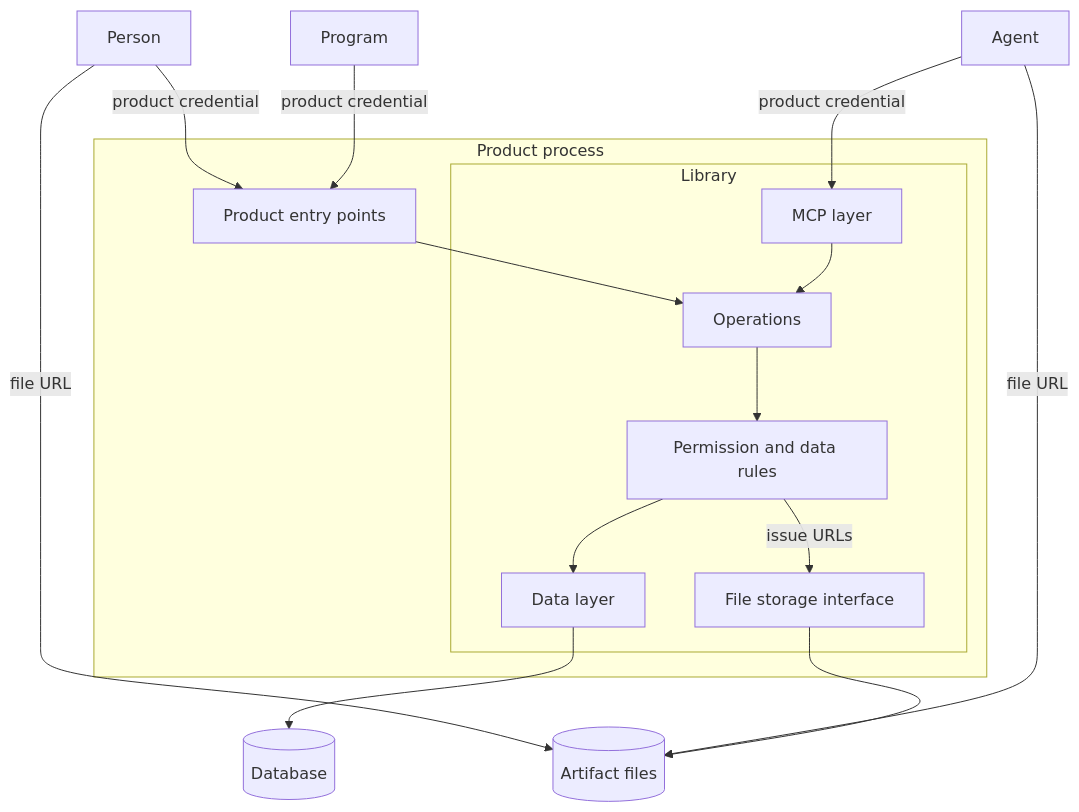
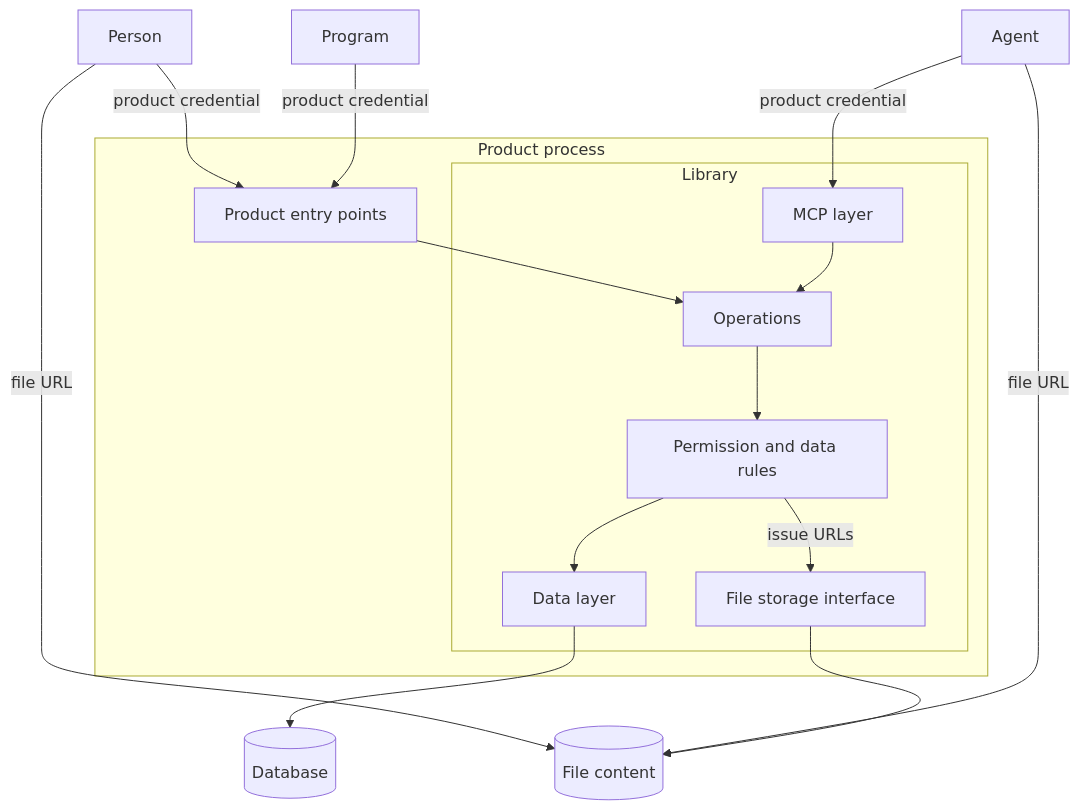
One commit to lorebayai/lorebay changed the diagram in lib/docs/architecture/entry-points.md. Above: the diagram before and after it, drawn with Mermaid. The commit also changed other lines of this file and 88 other files, not shown here.

````diff
--- a/lib/docs/architecture/entry-points.md
+++ b/lib/docs/architecture/entry-points.md
@@ -32,30 +32,30 @@
 ```mermaid
 flowchart TD
     person["Person"]
     program["Program"]
     agent["Agent"]
     subgraph product["Product process"]
         own["Product entry points"]
         subgraph library["Library"]
             mcp["MCP layer"]
             ops["Operations"]
             rules["Permission and data rules"]
             data["Data layer"]
             fs["File storage interface"]
         end
     end
     db[("Database")]
-    store[("Artifact files")]
+    store[("File content")]
     person -- "product credential" --> own
     program -- "product credential" --> own
     agent -- "product credential" --> mcp
     person -- "file URL" --> store
     agent -- "file URL" --> store
     own --> ops
     mcp --> ops
     ops --> rules
     rules --> data
     rules -- "issue URLs" --> fs
     data --> db
     fs --> store
 ```
````
